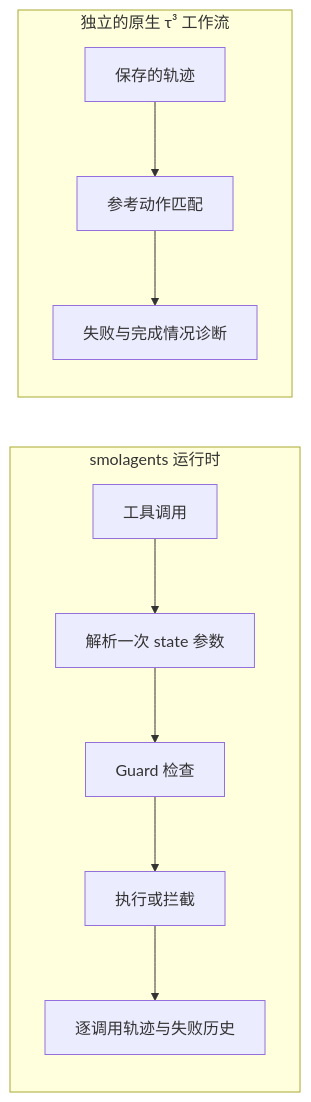
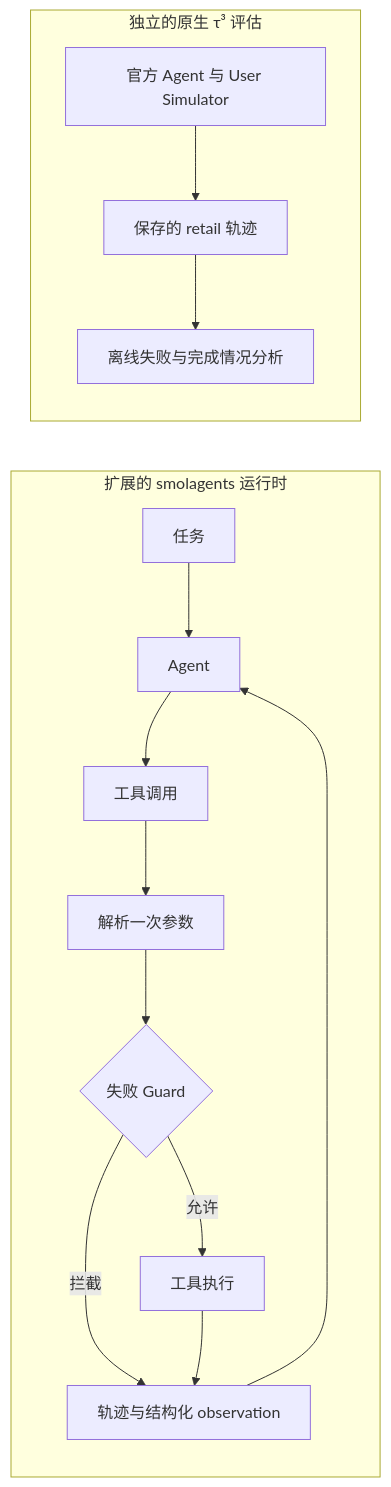
Before and after one commit to Kk111777/ReliableToolAgent: the diagram in README.zh-CN.md, drawn with Mermaid. The commit also changed other lines of this file and 5 other files, not shown here.

````diff
--- a/README.zh-CN.md
+++ b/README.zh-CN.md
@@ -35,13 +52,17 @@
 ```mermaid
 flowchart LR
-    subgraph Runtime[smolagents 运行时]
-        A[工具调用] --> B[解析一次 state 参数]
-        B --> C[Guard 检查]
-        C --> D[执行或拦截]
-        D --> E[逐调用轨迹与失败历史]
+    subgraph Runtime[扩展的 smolagents 运行时]
+        T[任务] --> A[Agent]
+        A --> C[工具调用]
+        C --> R[解析一次参数]
+        R --> G{失败 Guard}
+        G -->|允许| E[工具执行]
+        G -->|拦截| O[轨迹与结构化 observation]
+        E --> O
+        O --> A
     end
-    subgraph Study[独立的原生 τ³ 工作流]
-        F[保存的轨迹] --> G[参考动作匹配]
-        G --> H[失败与完成情况诊断]
+    subgraph Retail[独立的原生 τ³ 评估]
+        N[官方 Agent 与 User Simulator] --> S[保存的 retail 轨迹]
+        S --> D[离线失败与完成情况分析]
     end
 ```
````
